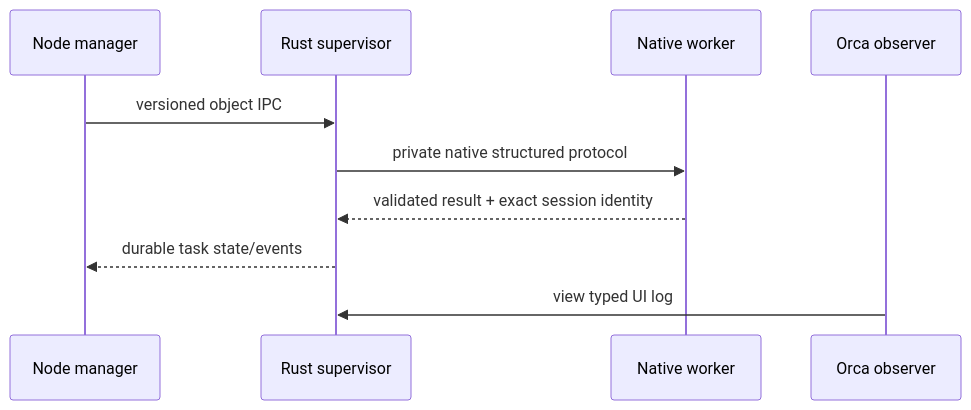
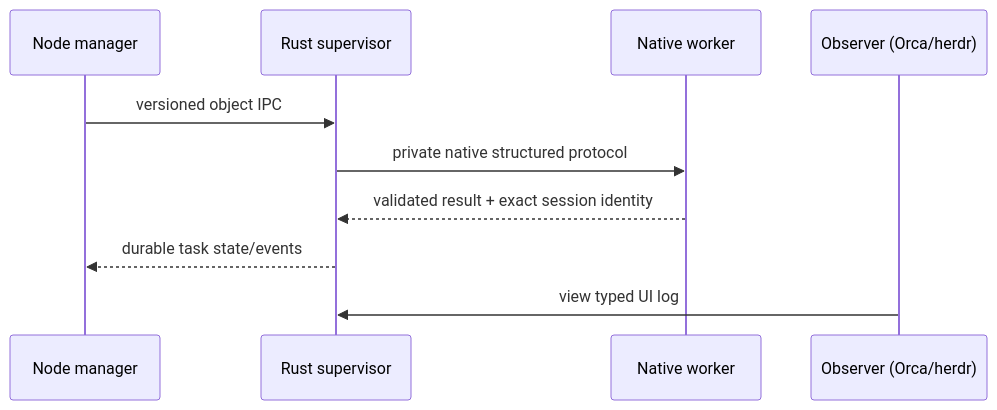
One commit to DamChan0/team-building-skill changed the diagram in README.md. Above: the diagram before and after it, drawn with Mermaid. The commit also changed other lines of this file and 10 other files, not shown here.

````diff
--- a/README.md
+++ b/README.md
@@ -20,12 +20,12 @@
 ```mermaid
 sequenceDiagram
     participant M as Node manager
     participant S as Rust supervisor
     participant W as Native worker
-    participant O as Orca observer
+    participant O as Observer (Orca/herdr)
     M->>S: versioned object IPC
     S->>W: private native structured protocol
     W-->>S: validated result + exact session identity
     S-->>M: durable task state/events
     O->>S: view typed UI log
 ```
````
